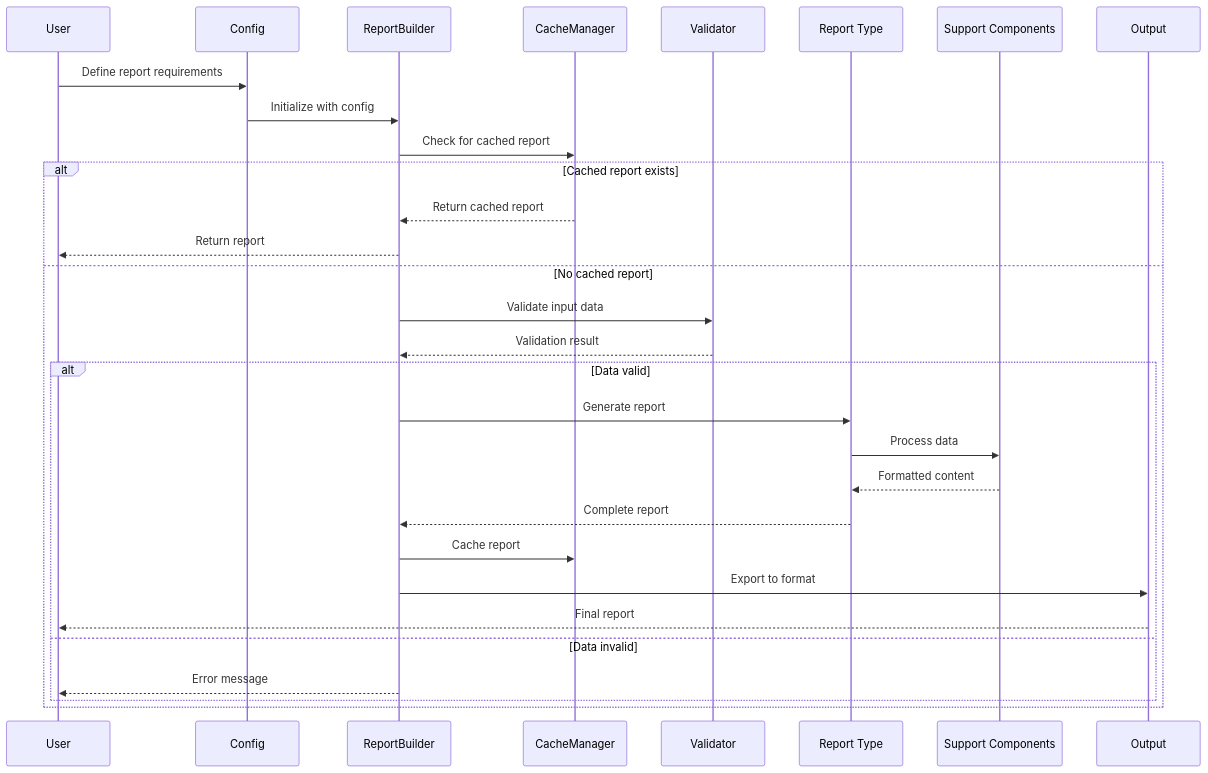
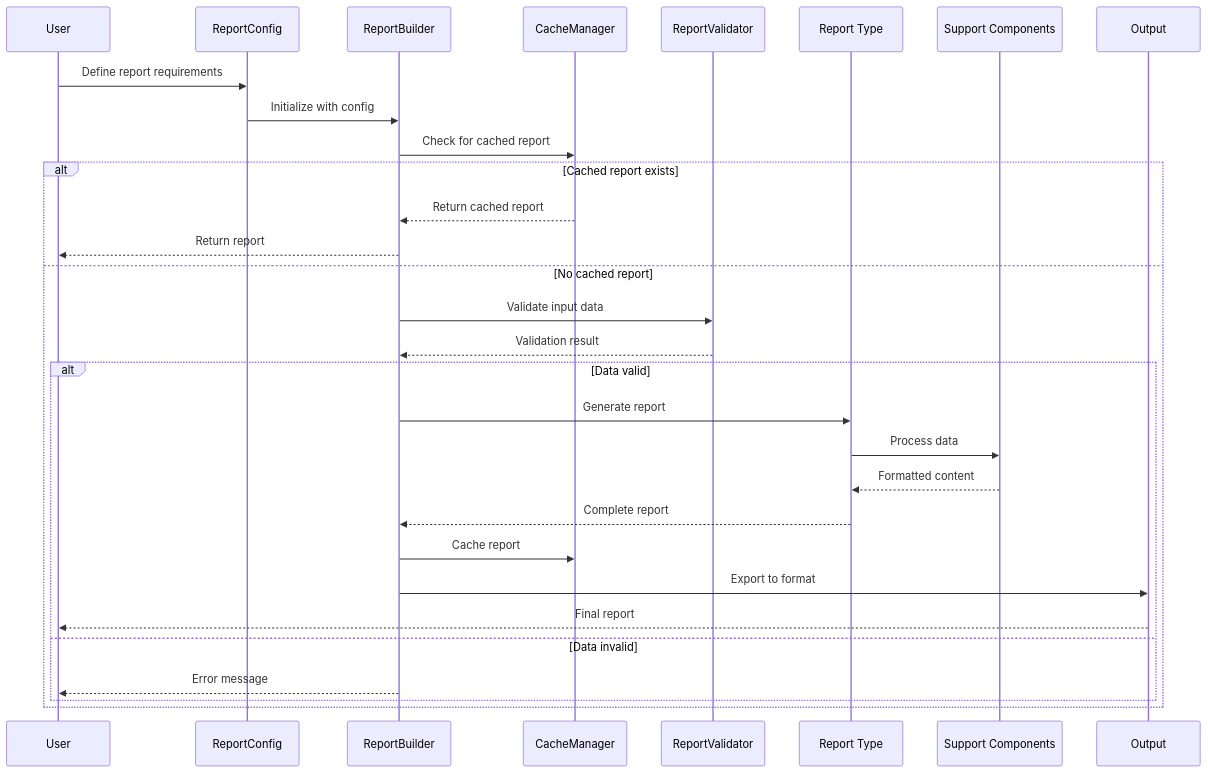
Before and after one commit to AlexFiliakov/Ergodic-Insurance-Limits: the third of 3 diagrams in ergodic_insurance/docs/architecture/reporting_architecture.md, drawn with Mermaid. The commit also changed other lines of this file and 14 other files, not shown here.

First line of the commit message:
docs: Update and expand Mermaid architecture diagrams (#185) (#341)

````diff
--- a/ergodic_insurance/docs/architecture/reporting_architecture.md
+++ b/ergodic_insurance/docs/architecture/reporting_architecture.md
@@ -193,36 +492,36 @@
 ```{mermaid}
 sequenceDiagram
     participant User
-    participant Config
+    participant Config as ReportConfig
     participant Builder as ReportBuilder
     participant Cache as CacheManager
-    participant Valid as Validator
+    participant Valid as ReportValidator
     participant Report as Report Type
     participant Support as Support Components
     participant Output
 
     User->>Config: Define report requirements
     Config->>Builder: Initialize with config
 
     Builder->>Cache: Check for cached report
     alt Cached report exists
         Cache-->>Builder: Return cached report
         Builder-->>User: Return report
     else No cached report
         Builder->>Valid: Validate input data
         Valid-->>Builder: Validation result
 
         alt Data valid
             Builder->>Report: Generate report
             Report->>Support: Process data
             Support-->>Report: Formatted content
             Report-->>Builder: Complete report
 
             Builder->>Cache: Cache report
             Builder->>Output: Export to format
             Output-->>User: Final report
         else Data invalid
             Builder-->>User: Error message
         end
     end
 ```
````
